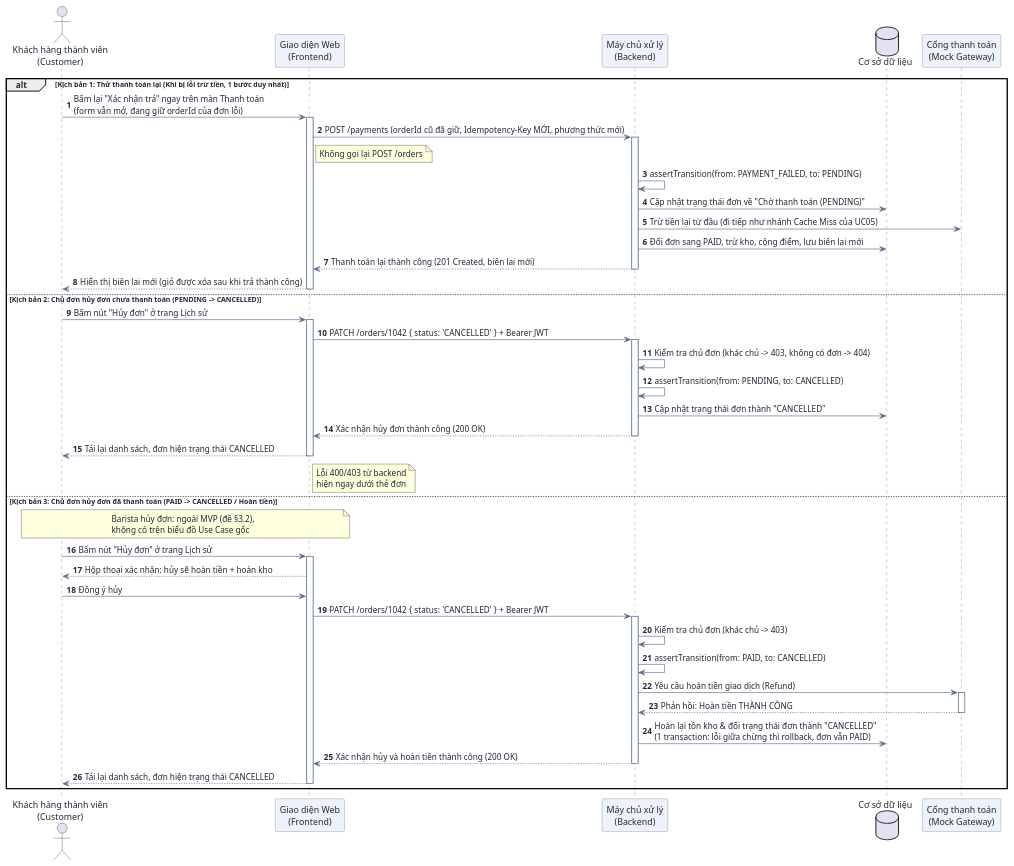
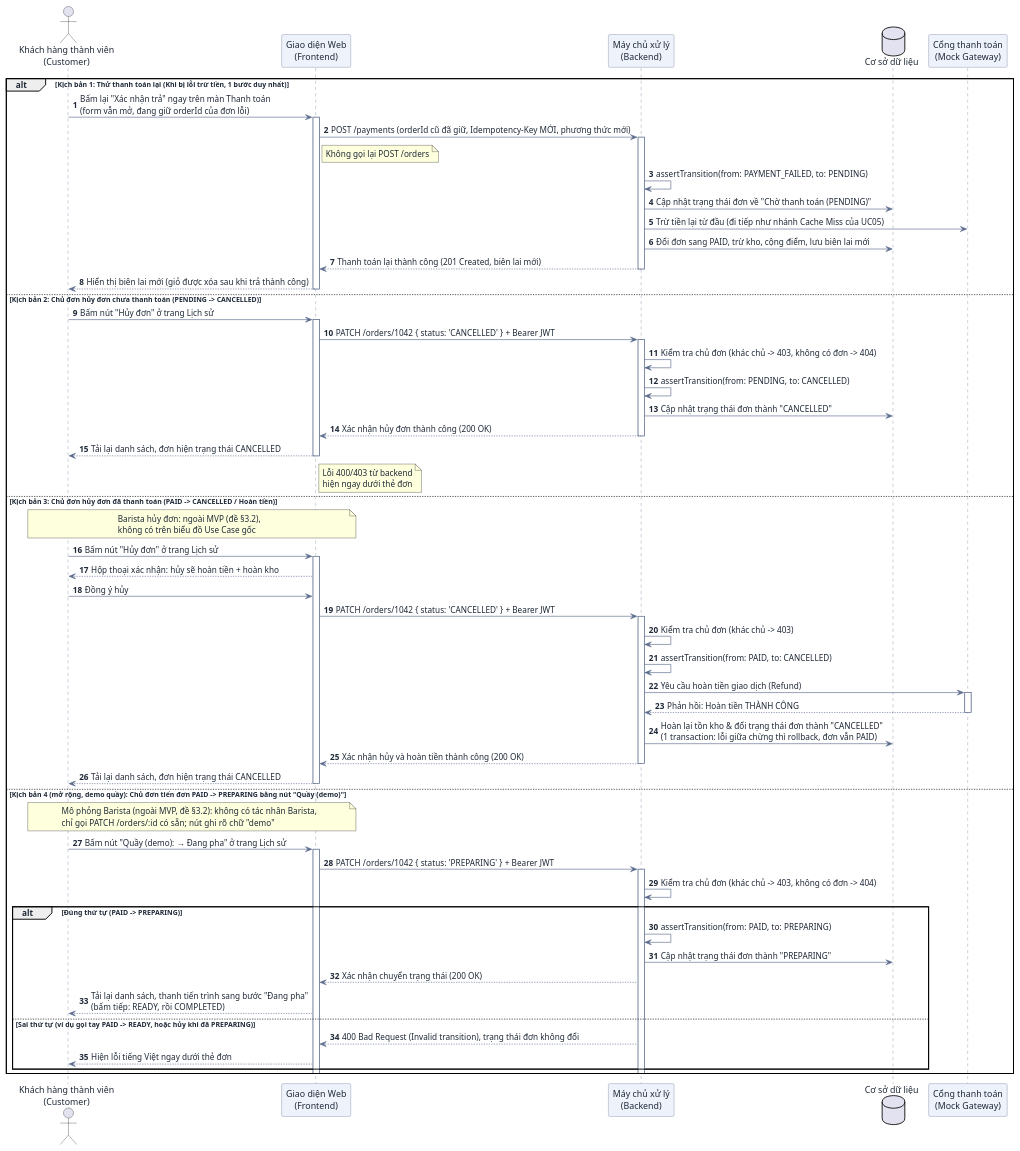
One commit to DuVinhLoi/BrewLite changed the fifth of 7 diagrams in docs/user-sequence-specifications.md. Above: the diagram before and after it, drawn with PlantUML. The commit also changed other lines of this file and 3 other files, not shown here.

First line of the commit message:
docs: Order State Machine hiện được trên giao diện — sơ đồ trạng thái §9.1, Kịch bản 4, UC06 (Use Case gốc giữ nguyên)

````diff
--- a/docs/user-sequence-specifications.md
+++ b/docs/user-sequence-specifications.md
@@ -516,6 +518,25 @@
     deactivate BE
     FE --> User : Tải lại danh sách, đơn hiện trạng thái CANCELLED
     deactivate FE
+
+else Kịch bản 4 (mở rộng, demo quầy): Chủ đơn tiến đơn PAID -> PREPARING bằng nút "Quầy (demo)"
+    note over User, FE : Mô phỏng Barista (ngoài MVP, đề §3.2): không có tác nhân Barista,\nchỉ gọi PATCH /orders/:id có sẵn; nút ghi rõ chữ "demo"
+    User -> FE : Bấm nút "Quầy (demo): → Đang pha" ở trang Lịch sử
+    activate FE
+    FE -> BE : PATCH /orders/1042 { status: 'PREPARING' } + Bearer JWT
+    activate BE
+    BE -> BE : Kiểm tra chủ đơn (khác chủ -> 403, không có đơn -> 404)
+    alt Đúng thứ tự (PAID -> PREPARING)
+        BE -> BE : assertTransition(from: PAID, to: PREPARING)
+        BE -> DB : Cập nhật trạng thái đơn thành "PREPARING"
+        BE --> FE : Xác nhận chuyển trạng thái (200 OK)
+        FE --> User : Tải lại danh sách, thanh tiến trình sang bước "Đang pha"\n(bấm tiếp: READY, rồi COMPLETED)
+    else Sai thứ tự (ví dụ gọi tay PAID -> READY, hoặc hủy khi đã PREPARING)
+        BE --> FE : 400 Bad Request (Invalid transition), trạng thái đơn không đổi
+        FE --> User : Hiện lỗi tiếng Việt ngay dưới thẻ đơn
+    end
+    deactivate BE
+    deactivate FE
 end
 @enduml
 ```
````
